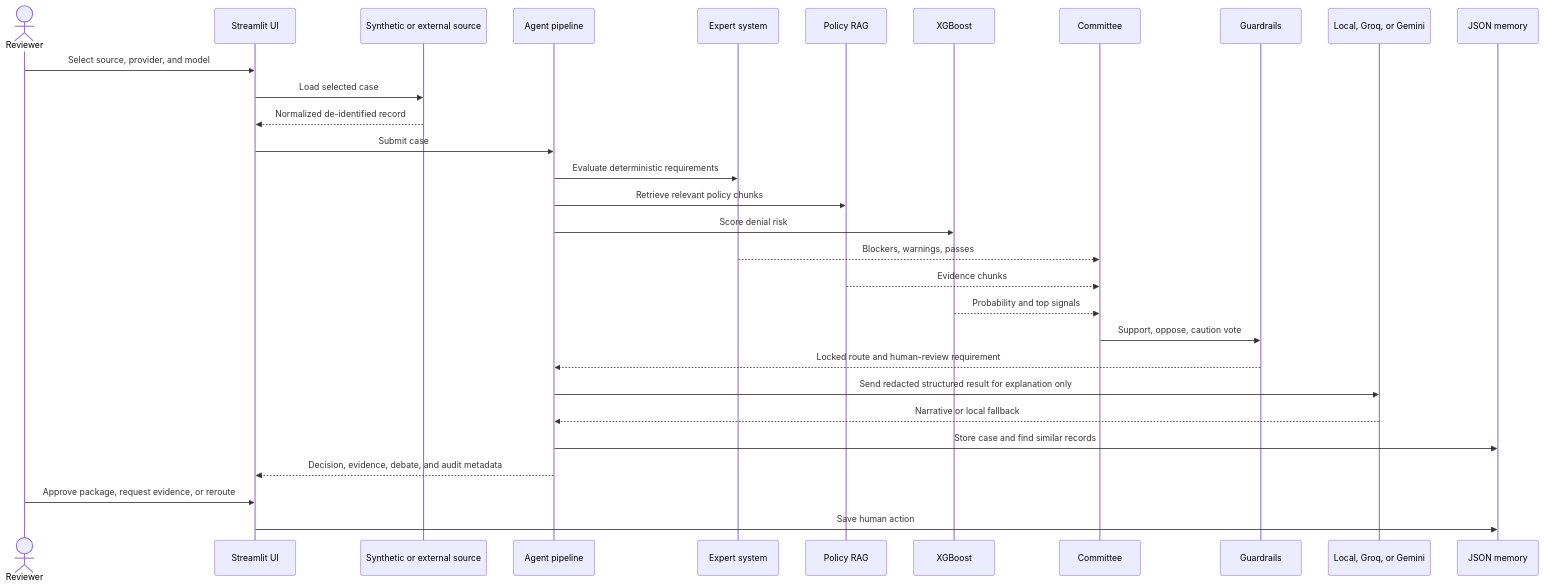
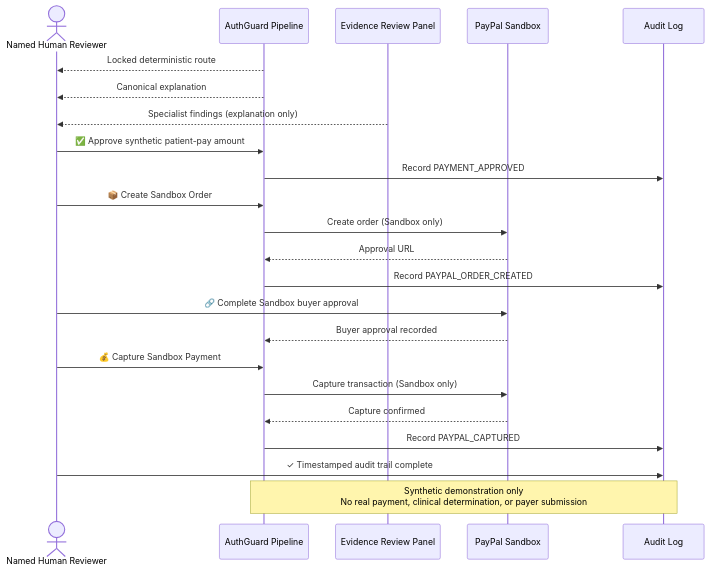
Before and after one commit to draculess99/AuthGuard-AI: the second of 2 diagrams in README.md, drawn with Mermaid. The commit also changed other lines of this file and 17 other files, not shown here.

Commit message:
feat: add human-governed PayPal Sandbox workflow

````diff
--- a/README.md
+++ b/README.md
@@ -225,33 +66,26 @@
 ```mermaid
 sequenceDiagram
-    actor Reviewer
-    participant UI as Streamlit UI
-    participant Source as Synthetic or external source
-    participant Pipeline as Agent pipeline
-    participant Rules as Expert system
-    participant RAG as Policy RAG
-    participant Model as XGBoost
-    participant Debate as Committee
-    participant Guard as Guardrails
-    participant LLM as Local, Groq, or Gemini
-    participant Memory as JSON memory
+    actor Reviewer as Named Human Reviewer
+    participant Auth as AuthGuard Pipeline
+    participant Panel as Evidence Review Panel
+    participant PayPal as PayPal Sandbox
+    participant Audit as Audit Log
 
-    Reviewer->>UI: Select source, provider, and model
-    UI->>Source: Load selected case
-    Source-->>UI: Normalized de-identified record
-    UI->>Pipeline: Submit case
-    Pipeline->>Rules: Evaluate deterministic requirements
-    Pipeline->>RAG: Retrieve relevant policy chunks
-    Pipeline->>Model: Score denial risk
-    Rules-->>Debate: Blockers, warnings, passes
-    RAG-->>Debate: Evidence chunks
-    Model-->>Debate: Probability and top signals
-    Debate->>Guard: Support, oppose, caution vote
-    Guard-->>Pipeline: Locked route and human-review requirement
-    Pipeline->>LLM: Send redacted structured result for explanation only
-    LLM-->>Pipeline: Narrative or local fallback
-    Pipeline->>Memory: Store case and find similar records
-    Pipeline-->>UI: Decision, evidence, debate, and audit metadata
-    Reviewer->>UI: Approve package, request evidence, or reroute
-    UI->>Memory: Save human action
+    Auth-->>Reviewer: Locked deterministic route
+    Auth-->>Reviewer: Canonical explanation
+    Panel-->>Reviewer: Specialist findings (explanation only)
+    Reviewer->>Auth: ✅ Approve synthetic patient-pay amount
+    Auth->>Audit: Record PAYMENT_APPROVED
+    Reviewer->>Auth: 📦 Create Sandbox Order
+    Auth->>PayPal: Create order (Sandbox only)
+    PayPal-->>Auth: Approval URL
+    Auth->>Audit: Record PAYPAL_ORDER_CREATED
+    Reviewer->>PayPal: 🔗 Complete Sandbox buyer approval
+    PayPal-->>Auth: Buyer approval recorded
+    Reviewer->>Auth: 💰 Capture Sandbox Payment
+    Auth->>PayPal: Capture transaction (Sandbox only)
+    PayPal-->>Auth: Capture confirmed
+    Auth->>Audit: Record PAYPAL_CAPTURED
+    Reviewer->>Audit: ✓ Timestamped audit trail complete
+    Note over Auth,Audit: Synthetic demonstration only<br/>No real payment, clinical determination, or payer submission
 ```
````
